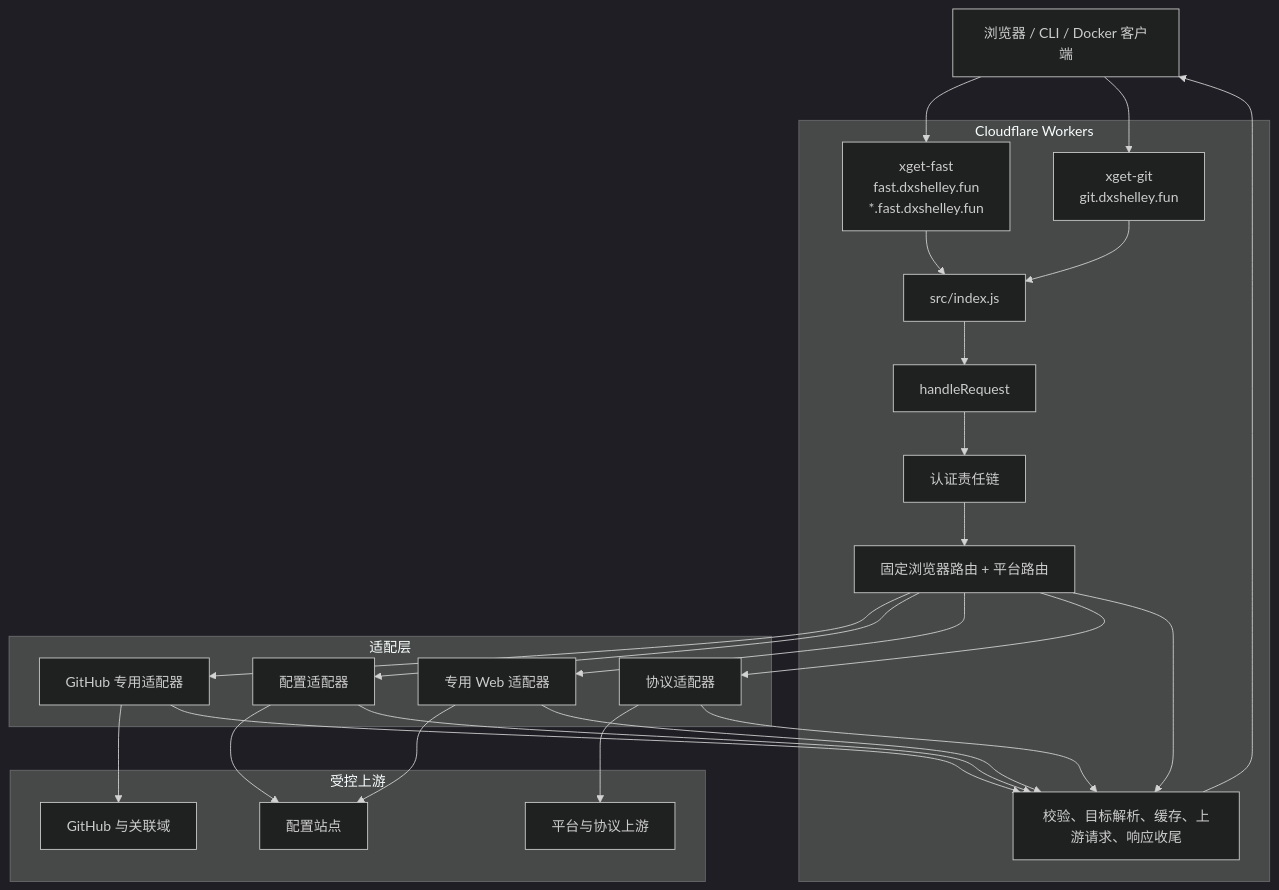
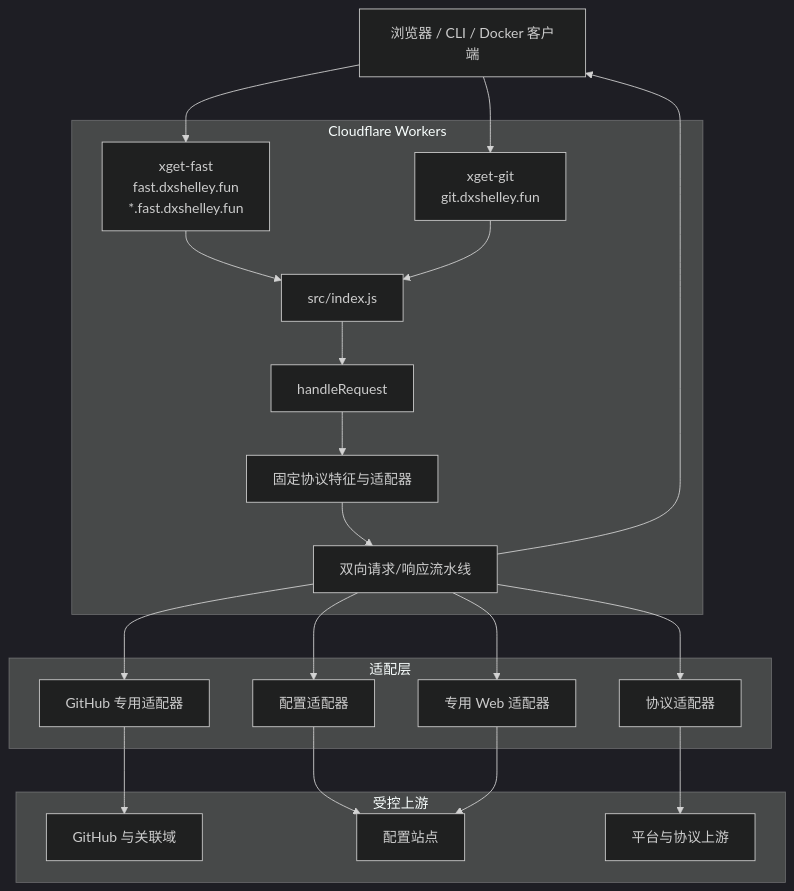
One commit to DXShelley/xget changed the first of 5 diagrams in docs/architecture.zh-Hans.md. Above: the diagram before and after it, drawn with Mermaid (dark theme). The commit also changed other lines of this file and 19 other files, not shown here.

Commit message:
refactor(proxy): adopt protocol adapter pipeline

````diff
--- a/docs/architecture.zh-Hans.md
+++ b/docs/architecture.zh-Hans.md
@@ -19,43 +19,37 @@
 ```mermaid
 flowchart TB
     Client[浏览器 / CLI / Docker 客户端]
 
     subgraph Workers[Cloudflare Workers]
         Fast[xget-fast\nfast.dxshelley.fun\n*.fast.dxshelley.fun]
         Git[xget-git\ngit.dxshelley.fun]
         Entry[src/index.js]
         App[handleRequest]
-        Auth[认证责任链]
-        Routes[固定浏览器路由 + 平台路由]
-        Core[校验、目标解析、缓存、上游请求、响应收尾]
+        Context[固定协议特征与适配器]
+        Pipeline[双向请求/响应流水线]
     end
 
     subgraph Adapters[适配层]
         GitHub[GitHub 专用适配器]
         Configured[配置适配器]
         Web[专用 Web 适配器]
         Protocol[协议适配器]
     end
 
     subgraph Upstreams[受控上游]
         GH[GitHub 与关联域]
         Sites[配置站点]
         Platforms[平台与协议上游]
     end
 
     Client --> Fast
     Client --> Git
     Fast --> Entry
     Git --> Entry
-    Entry --> App --> Auth --> Routes
-    Routes --> GitHub --> GH
-    Routes --> Configured --> Sites
-    Routes --> Web --> Sites
-    Routes --> Protocol --> Platforms
-    Routes --> Core
-    GitHub --> Core
-    Configured --> Core
-    Web --> Core
-    Protocol --> Core
-    Core --> Client
+    Entry --> App --> Context --> Pipeline
+    Pipeline --> GitHub --> GH
+    Pipeline --> Configured --> Sites
+    Pipeline --> Web --> Sites
+    Pipeline --> Protocol --> Platforms
+    Pipeline --> Client
 ```
````
